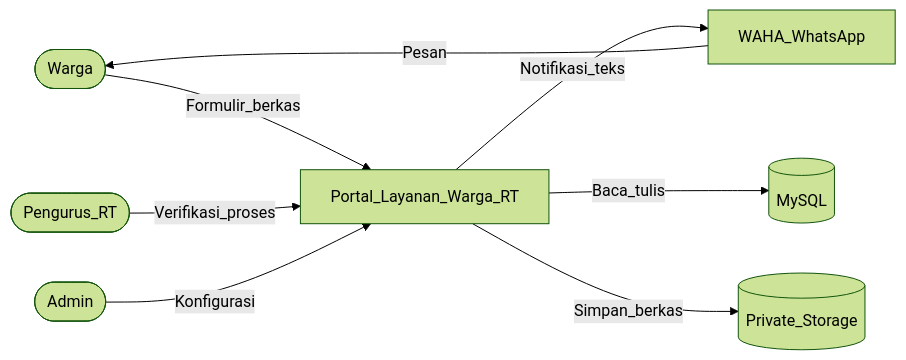
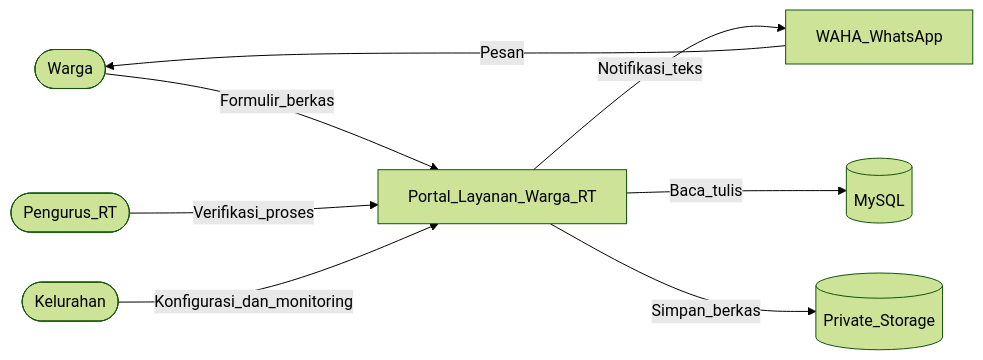
One commit to alfon00/wargaupdate changed the ninth of 14 diagrams in docs/LAPORAN-TUGAS-AKHIR.md. Above: the diagram before and after it, drawn with Mermaid (forest theme). The commit also changed other lines of this file and 105 other files, not shown here.

````diff
--- a/docs/LAPORAN-TUGAS-AKHIR.md
+++ b/docs/LAPORAN-TUGAS-AKHIR.md
@@ -504,10 +521,10 @@
 ```mermaid
 flowchart LR
     Warga([Warga]) -->|Formulir_berkas| Portal[Portal_Layanan_Warga_RT]
     RT([Pengurus_RT]) -->|Verifikasi_proses| Portal
-    Admin([Admin]) -->|Konfigurasi| Portal
+    Kelurahan([Kelurahan]) -->|Konfigurasi_dan_monitoring| Portal
     Portal -->|Notifikasi_teks| WAHA[WAHA_WhatsApp]
     WAHA -->|Pesan| Warga
     Portal -->|Baca_tulis| DB[(MySQL)]
     Portal -->|Simpan_berkas| Storage[(Private_Storage)]
 ```
````
